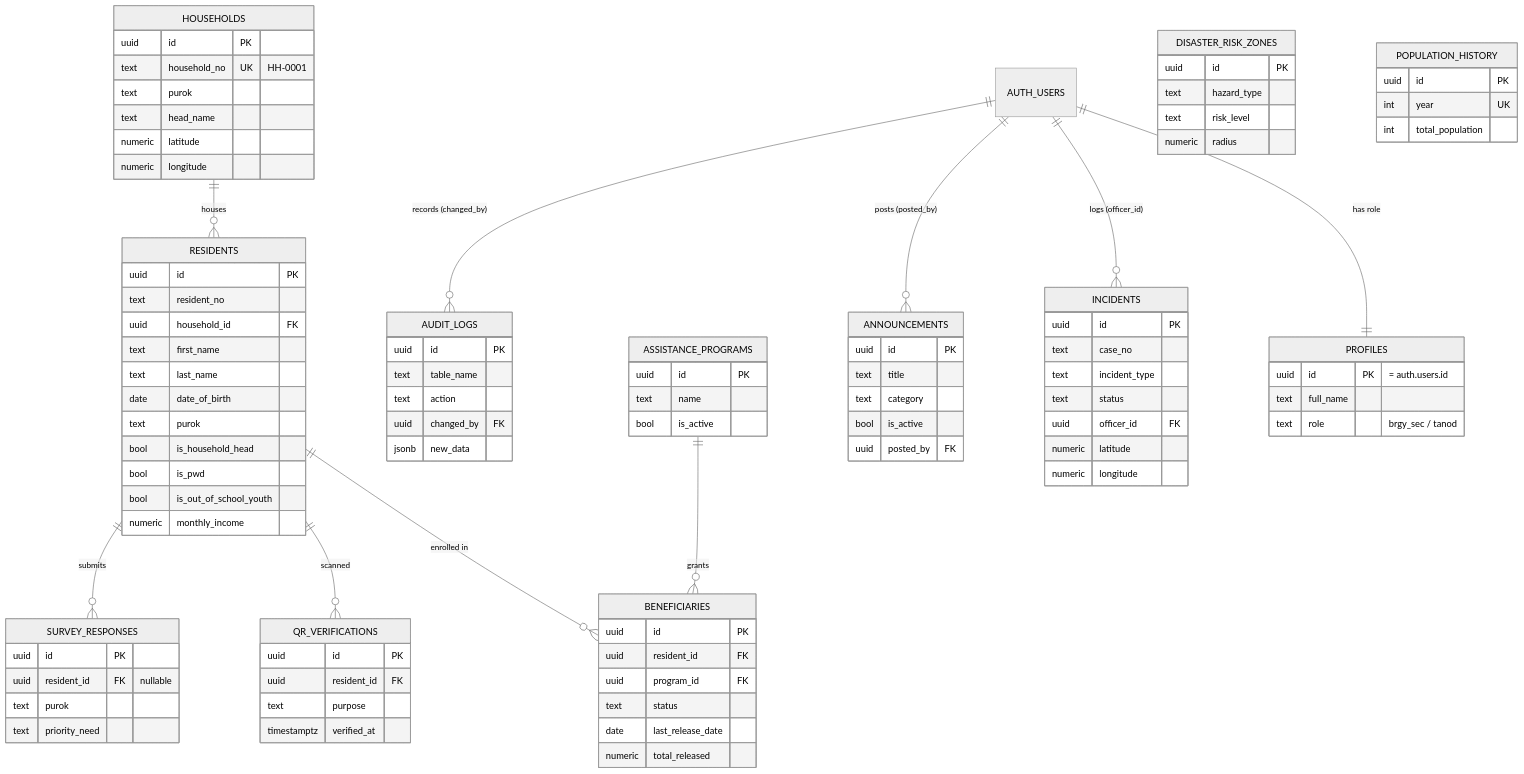
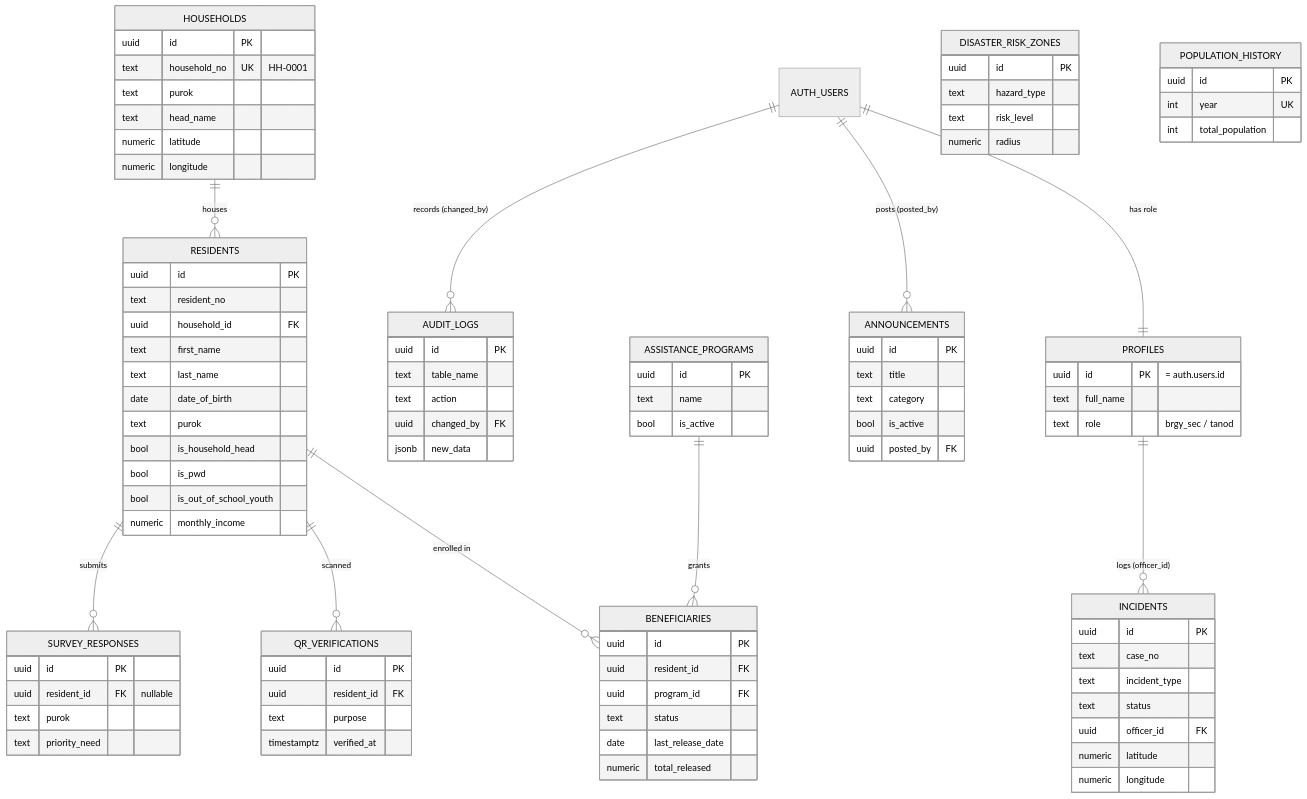
One commit to KellyEspera/protect changed the diagram in DATA_MODEL.md. Above: the diagram before and after it, drawn with Mermaid (neutral theme). The commit also changed other lines of this file and 1 other file, not shown here.

First line of the commit message:
DATA_MODEL: sync to trimmed schema (drop unused columns + view)

```diff
--- a/DATA_MODEL.md
+++ b/DATA_MODEL.md
@@ -217,7 +219,7 @@
     ASSISTANCE_PROGRAMS ||--o{ BENEFICIARIES : "grants"
     RESIDENTS ||--o{ QR_VERIFICATIONS : "scanned"
     RESIDENTS ||--o{ SURVEY_RESPONSES : "submits"
-    AUTH_USERS ||--o{ INCIDENTS : "logs (officer_id)"
+    PROFILES ||--o{ INCIDENTS : "logs (officer_id)"
     AUTH_USERS ||--o{ ANNOUNCEMENTS : "posts (posted_by)"
     AUTH_USERS ||--o{ AUDIT_LOGS : "records (changed_by)"
 
```
